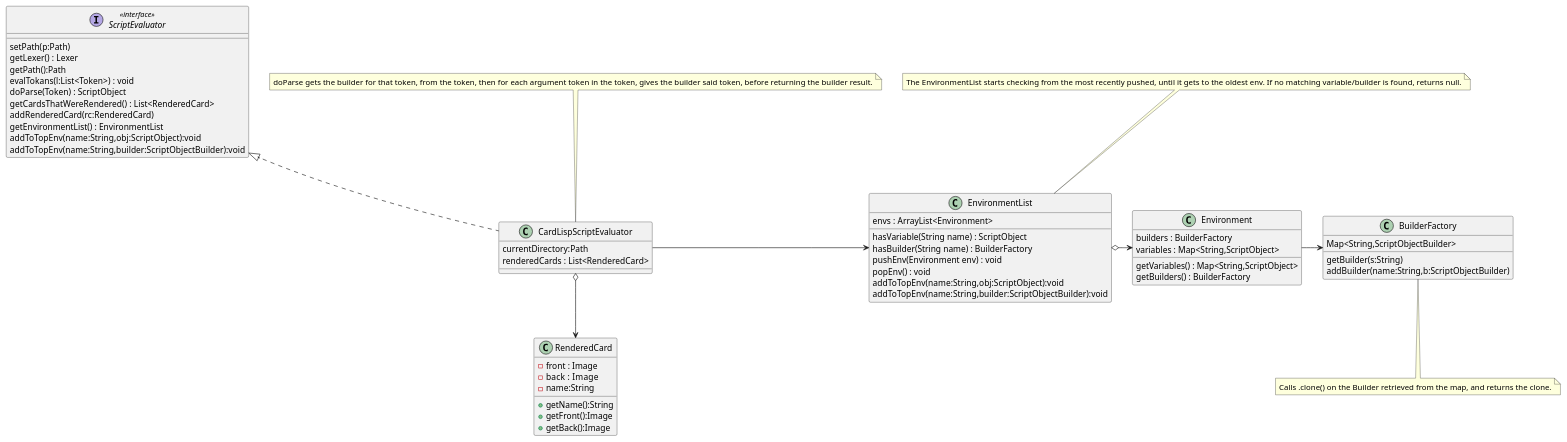
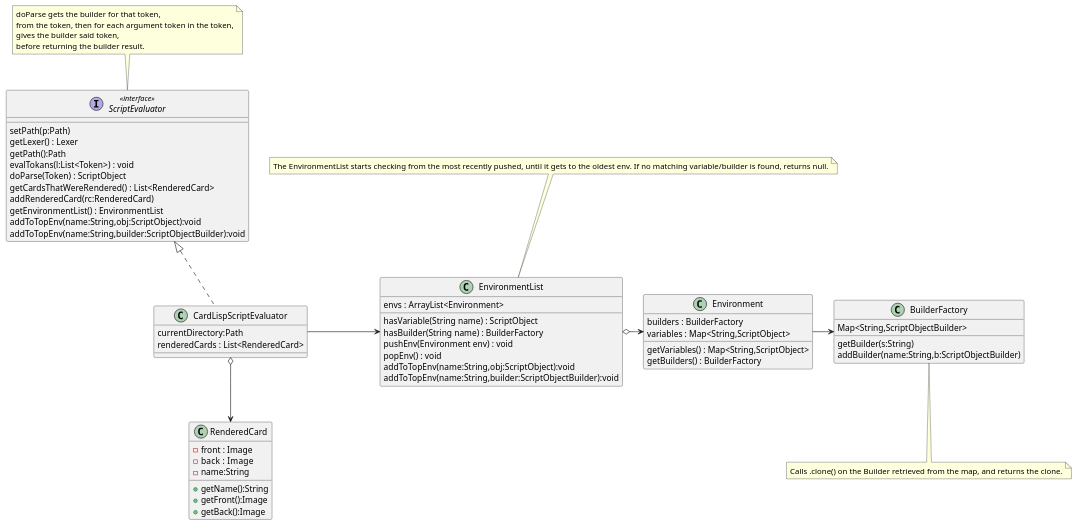
Before and after one commit to MatthewBregg/DesignPatternsRepo: the diagram in Parsing/ScriptEvaluatorUML.org, drawn with PlantUML. The commit also changed 1 other file, not shown here.

Commit message:
Updated ScriptEvaluator to be a bit more compact

```diff
--- a/Parsing/ScriptEvaluatorUML.org
+++ b/Parsing/ScriptEvaluatorUML.org
@@ -1,68 +1,73 @@
 #+BEGIN_SRC plantuml :file ScriptEvaluatorUML.png
 class BuilderFactory
 
 note bottom : Calls .clone() on the Builder retrieved from the map, and returns the clone.
 
 BuilderFactory : Map<String,ScriptObjectBuilder>
 BuilderFactory : getBuilder(s:String)
 BuilderFactory : addBuilder(name:String,b:ScriptObjectBuilder)
 
 class Environment
 Environment : builders : BuilderFactory 
 Environment : variables : Map<String,ScriptObject>
 Environment : getVariables() : Map<String,ScriptObject>
 Environment : getBuilders() : BuilderFactory
 
 class EnvironmentList
 
 EnvironmentList : envs : ArrayList<Environment>
 EnvironmentList : hasVariable(String name) : ScriptObject
 EnvironmentList : hasBuilder(String name) : BuilderFactory
 EnvironmentList : pushEnv(Environment env) : void
 EnvironmentList : popEnv() : void
 EnvironmentList : addToTopEnv(name:String,obj:ScriptObject):void
 EnvironmentList : addToTopEnv(name:String,builder:ScriptObjectBuilder):void
 
 
 note top : The EnvironmentList starts checking from the most recently pushed, until it gets to the oldest env. If no matching variable/builder is found, returns null.
 
 EnvironmentList o-> Environment
 
 interface ScriptEvaluator<<interface>>
 class CardLispScriptEvaluator
 
 ScriptEvaluator <|.. CardLispScriptEvaluator 
 
 CardLispScriptEvaluator : currentDirectory:Path
 CardLispScriptEvaluator : renderedCards : List<RenderedCard>
 ScriptEvaluator : setPath(p:Path)
 ScriptEvaluator : getLexer() : Lexer
 ScriptEvaluator : getPath():Path
 ScriptEvaluator : evalTokans(l:List<Token>) : void
 ScriptEvaluator : doParse(Token) : ScriptObject
 ScriptEvaluator : getCardsThatWereRendered() : List<RenderedCard>
 ScriptEvaluator : addRenderedCard(rc:RenderedCard)
 ScriptEvaluator : getEnvironmentList() : EnvironmentList
 
 ScriptEvaluator : addToTopEnv(name:String,obj:ScriptObject):void
 ScriptEvaluator : addToTopEnv(name:String,builder:ScriptObjectBuilder):void
 
 CardLispScriptEvaluator -> EnvironmentList
 
-note top : doParse gets the builder for that token, from the token, then for each argument token in the token, gives the builder said token, before returning the builder result. 
+note top of ScriptEvaluator
+ doParse gets the builder for that token,
+ from the token, then for each argument token in the token,
+ gives the builder said token,
+ before returning the builder result. 
+end note
 
 
 
 Environment -> BuilderFactory
 
 
 class RenderedCard
 RenderedCard : -front : Image
 RenderedCard : -back  : Image
 RenderedCard : -name:String
 RenderedCard : +getName():String
 RenderedCard : +getFront():Image
 RenderedCard : +getBack():Image
 
 CardLispScriptEvaluator o--> RenderedCard
 #+END_SRC
```
